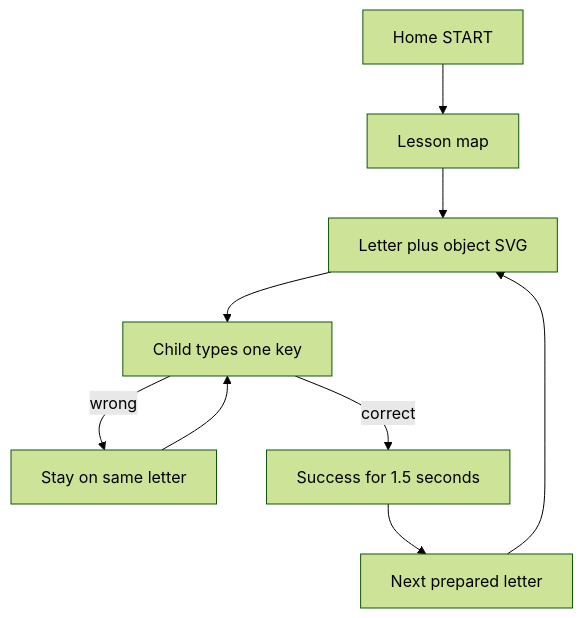
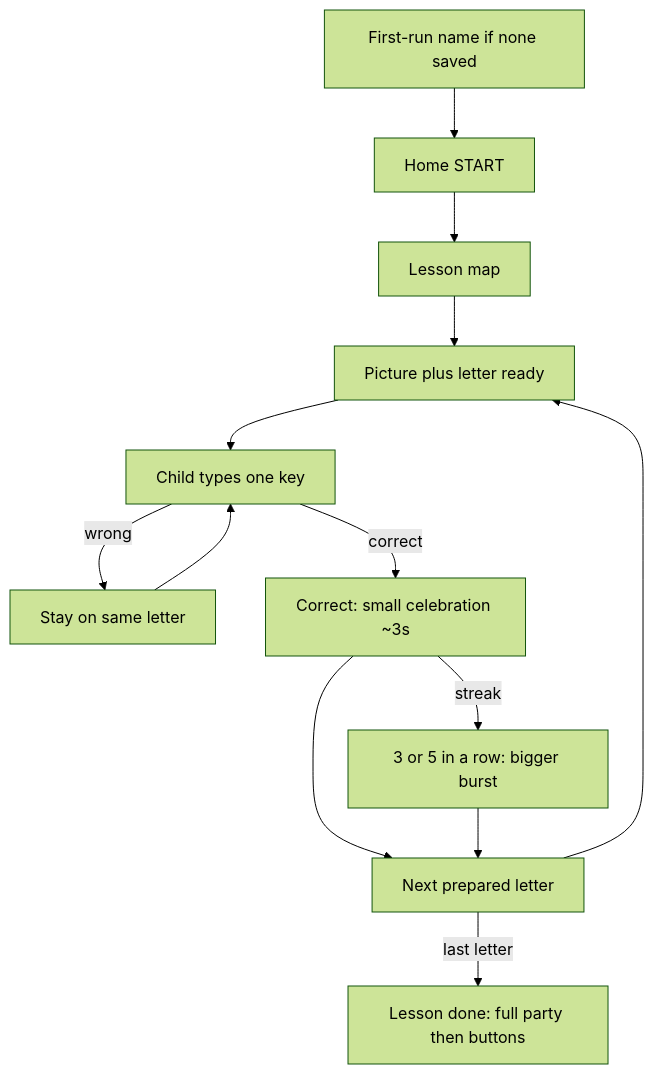
One commit to sajjadmurtaza/keyboard-adventure changed the diagram in README.md. Above: the diagram before and after it, drawn with Mermaid (forest theme). The commit also changed other lines of this file and 13 other files, not shown here.

````diff
--- a/README.md
+++ b/README.md
@@ -33,13 +33,18 @@
 ```mermaid
 flowchart TD
+  name[First-run name if none saved]
   home[Home START]
   map[Lesson map]
-  ready[Letter plus object SVG]
+  prep[Picture plus letter ready]
   type[Child types one key]
   wrong[Stay on same letter]
-  win[Success for 1.5 seconds]
+  win[Correct: small celebration ~3s]
+  streak[3 or 5 in a row: bigger burst]
   next[Next prepared letter]
-  home --> map --> ready --> type
+  party[Lesson done: full party then buttons]
+  name --> home --> map --> prep --> type
   type -->|wrong| wrong --> type
-  type -->|correct| win --> next --> ready
+  type -->|correct| win --> next --> prep
+  win -->|streak| streak --> next
+  next -->|last letter| party
 ```
````
